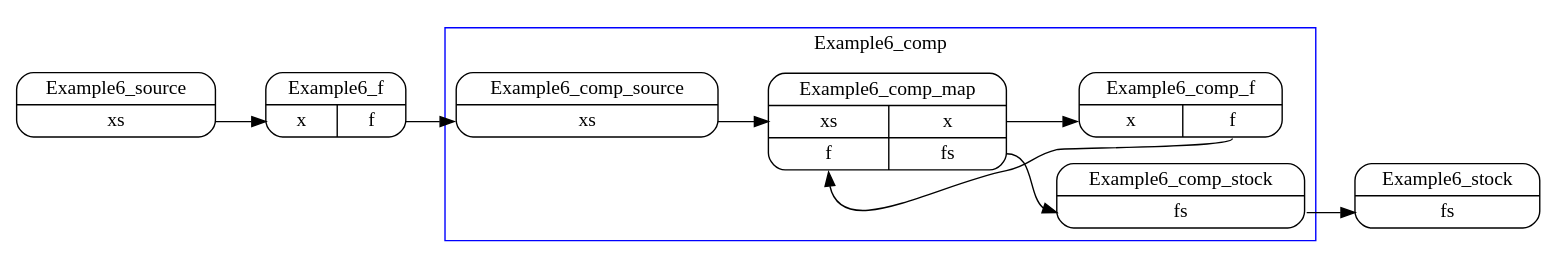
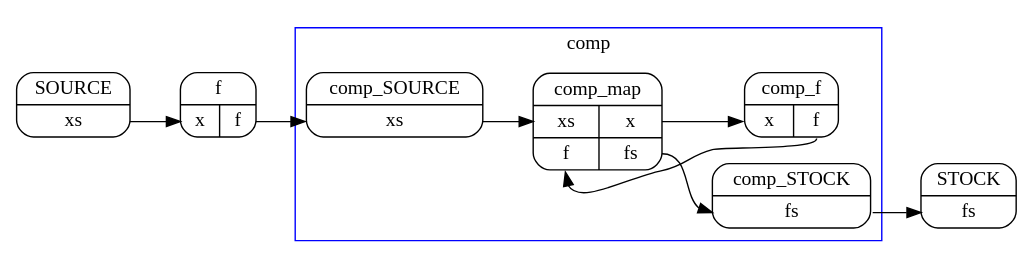
The diagram in max_text/cc_cg.dot (Badmoonz/miniPSE), drawn with Graphviz before and after one commit. The commit also changed 14 other files, not shown here.

```diff
--- a/max_text/cc_cg.dot
+++ b/max_text/cc_cg.dot
@@ -1,22 +1,22 @@
 digraph Example6{
  rankdir = LR;
 subgraph cluster_Example6_comp {
   color = blue;
   rankdir = LR;
-  label = "Example6_comp";
-  Example6_comp_map [shape=Mrecord, label="Example6_comp_map | {{<xs> xs | <f> f} | {<x> x | <fs> fs}}"];
-  Example6_comp_stock [shape=Mrecord, label="Example6_comp_stock | {{<fs> fs}}"];
-  Example6_comp_source [shape=Mrecord, label="Example6_comp_source | {{<xs> xs}}"];
-  Example6_comp_f [shape=Mrecord, label="Example6_comp_f | {{<x> x} | {<f> f}}"];
+  label = "comp";
+  Example6_comp_map [shape=Mrecord, label="comp_map | {{<xs> xs | <f> f} | {<x> x | <fs> fs}}"];
+  Example6_comp_stock [shape=Mrecord, label="comp_STOCK | {{<fs> fs}}"];
+  Example6_comp_source [shape=Mrecord, label="comp_SOURCE | {{<xs> xs}}"];
+  Example6_comp_f [shape=Mrecord, label="comp_f | {{<x> x} | {<f> f}}"];
   Example6_comp_map:x -> Example6_comp_f:x[color = "black"];
   Example6_comp_map:fs -> Example6_comp_stock:fs[color = "black"];
   Example6_comp_source:xs -> Example6_comp_map:xs[color = "black"];
   Example6_comp_f:f -> Example6_comp_map:f[color = "black"];
 }
-  Example6_stock [shape=Mrecord, label="Example6_stock | {{<fs> fs}}"];
-  Example6_source [shape=Mrecord, label="Example6_source | {{<xs> xs}}"];
-  Example6_f [shape=Mrecord, label="Example6_f | {{<x> x} | {<f> f}}"];
+  Example6_stock [shape=Mrecord, label="STOCK | {{<fs> fs}}"];
+  Example6_source [shape=Mrecord, label="SOURCE | {{<xs> xs}}"];
+  Example6_f [shape=Mrecord, label="f | {{<x> x} | {<f> f}}"];
   Example6_comp_stock:fs -> Example6_stock:fs[color = "black"];
   Example6_source:xs -> Example6_f:x[color = "black"];
   Example6_f:f -> Example6_comp_source:xs[color = "black"];
 }
```
